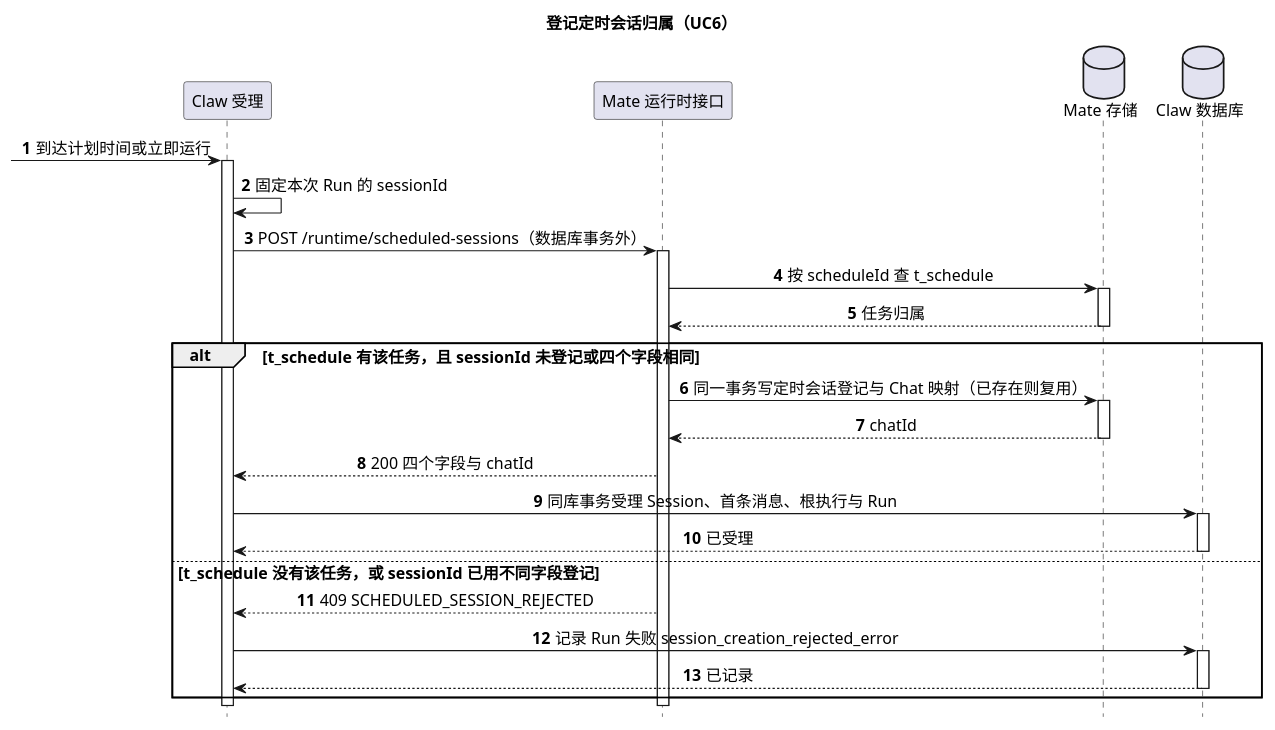
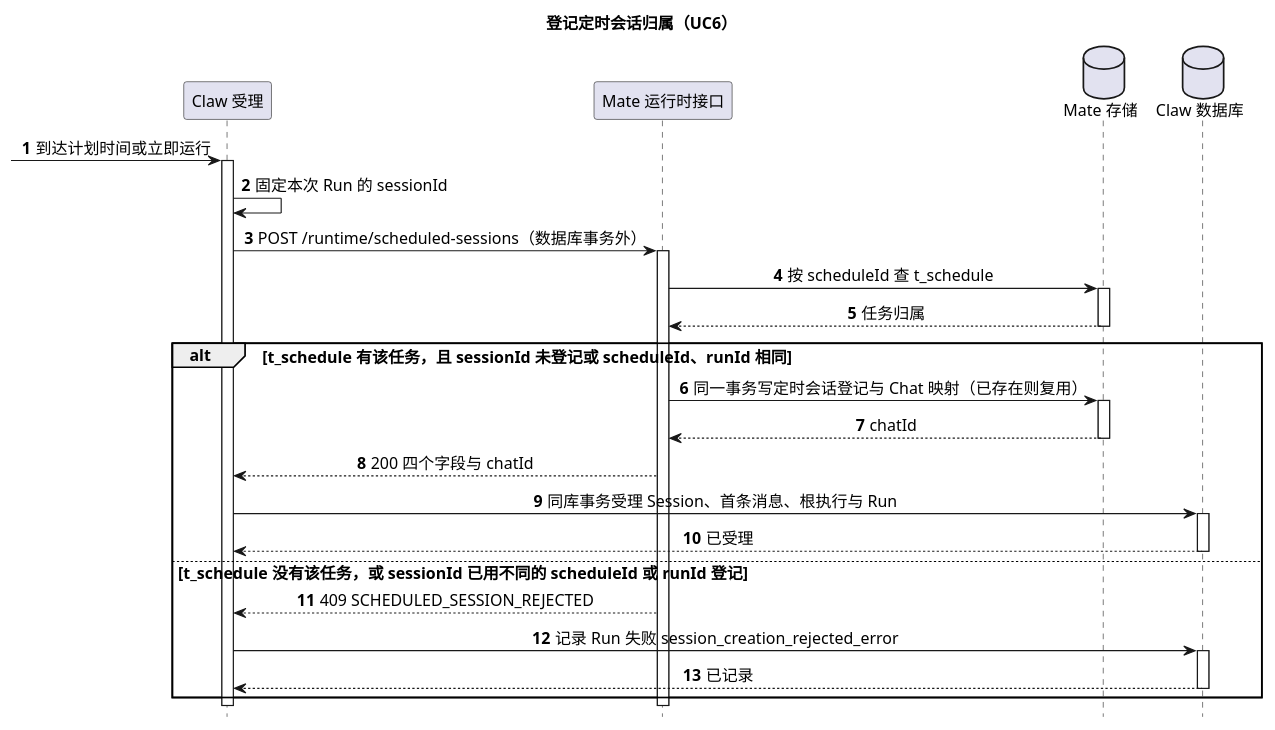
Before and after one commit to ssm0808/pi-mono-java-design: the third of 4 diagrams in 02-服务与接口/08-mate-service定时任务/diagram.puml, drawn with PlantUML. The commit also changed other lines of this file and 4 other files, not shown here.

First line of the commit message:
Mate 定时任务：t_schedule_session 精简为 5 列

```diff
--- a/02-服务与接口/08-mate-service定时任务/diagram.puml
+++ b/02-服务与接口/08-mate-service定时任务/diagram.puml
@@ -92,34 +92,34 @@
 @startuml mate_session_registration
 ' 目标：待实现；UC6 接口配置的任务每次运行前，Claw 请求 Mate 登记新 Session 的归属。
 ' Claw 基线：pi-mono-java main ead67eba，schedule/session/ScheduledSessionStarter.prepare、confirmRegistration；schedule/mate/MateScheduleSessionRegistry 默认返回服务不可用。
 ' 接口路径为草案（README.md 评审 Todo M3）；mate-service 源码未核验。
 ' 表达方式：画登记成功与被拒绝；结果未知时 Claw 改用只读核对，见 README.md 第 3.6 节。
 title 登记定时会话归属（UC6）
 hide footbox
 skinparam backgroundColor white
 skinparam defaultFontSize 14
 skinparam sequenceMessageAlign center
 participant "Claw 受理" as Claw
 participant "Mate 运行时接口" as Mate
 database "Mate 存储" as MateStore
 database "Claw 数据库" as ClawStore
 autonumber
 [-> Claw ++ : 到达计划时间或立即运行
 Claw -> Claw : 固定本次 Run 的 sessionId
 Claw -> Mate ++ : POST /runtime/scheduled-sessions（数据库事务外）
 Mate -> MateStore ++ : 按 scheduleId 查 t_schedule
 return 任务归属
-alt t_schedule 有该任务，且 sessionId 未登记或四个字段相同
+alt t_schedule 有该任务，且 sessionId 未登记或 scheduleId、runId 相同
   Mate -> MateStore ++ : 同一事务写定时会话登记与 Chat 映射（已存在则复用）
   return chatId
   Mate --> Claw : 200 四个字段与 chatId
   Claw -> ClawStore ++ : 同库事务受理 Session、首条消息、根执行与 Run
   return 已受理
-else t_schedule 没有该任务，或 sessionId 已用不同字段登记
+else t_schedule 没有该任务，或 sessionId 已用不同的 scheduleId 或 runId 登记
   Mate --> Claw : 409 SCHEDULED_SESSION_REJECTED
   Claw -> ClawStore ++ : 记录 Run 失败 session_creation_rejected_error
   return 已记录
 end
 deactivate Mate
 deactivate Claw
 @enduml
```
